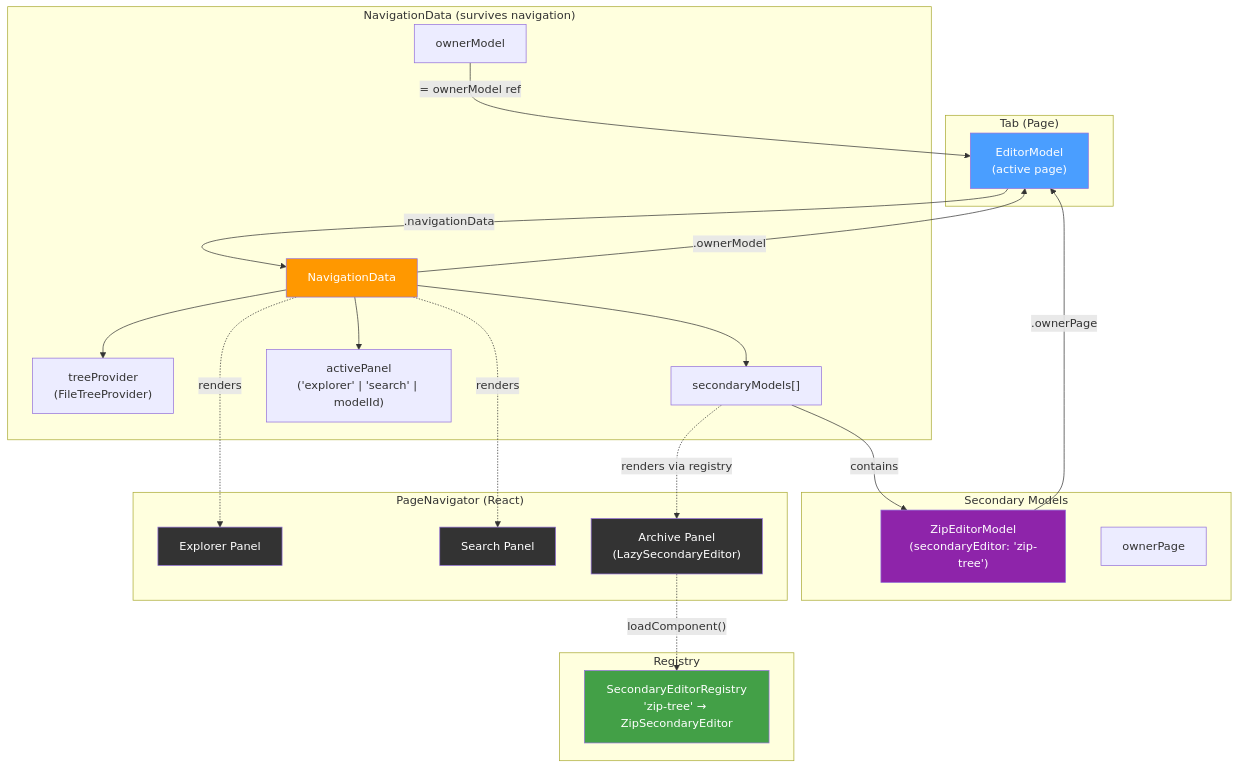
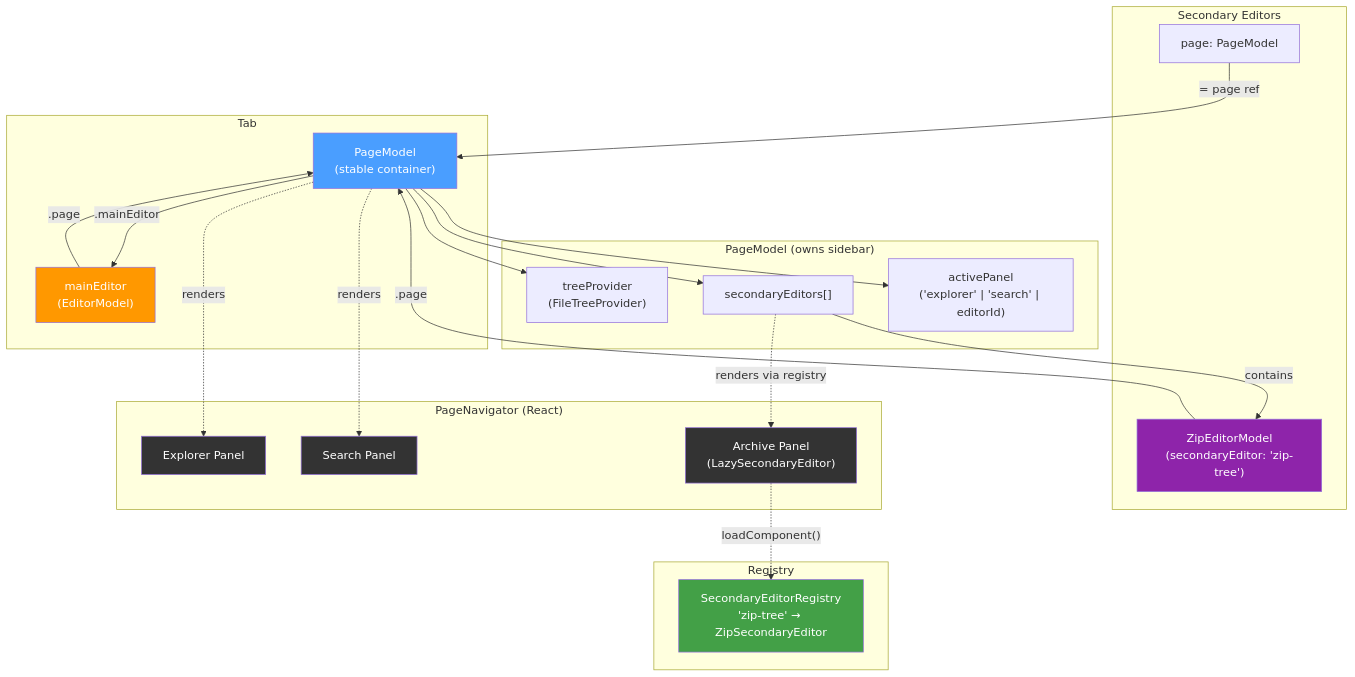
One commit to andriy-viyatyk/persephone changed the diagram in doc/architecture/diagrams/Secondary Editor Architecture.mmd. Above: the diagram before and after it, drawn with Mermaid. The commit also changed 45 other files, not shown here.

First line of the commit message:
US-322: Wire PagesModel to PageModel (EPIC-017 Phase 2.2-2.6)

```diff
--- a/doc/architecture/diagrams/Secondary Editor Architecture.mmd
+++ b/doc/architecture/diagrams/Secondary Editor Architecture.mmd
@@ -1,49 +1,48 @@
 graph TD
-    subgraph "Tab (Page)"
-        PM["EditorModel\n(active page)"]
+    subgraph "Tab"
+        PM["PageModel\n(stable container)"]
+        ME["mainEditor\n(EditorModel)"]
     end
 
-    subgraph "NavigationData (survives navigation)"
-        ND["NavigationData"]
+    subgraph "PageModel (owns sidebar)"
         TP["treeProvider\n(FileTreeProvider)"]
-        SM["secondaryModels[]"]
-        AP["activePanel\n('explorer' | 'search' | modelId)"]
-        OW["ownerModel"]
+        SM["secondaryEditors[]"]
+        AP["activePanel\n('explorer' | 'search' | editorId)"]
     end
 
-    subgraph "Secondary Models"
+    subgraph "Secondary Editors"
         ZM["ZipEditorModel\n(secondaryEditor: 'zip-tree')"]
-        OP["ownerPage"]
+        PG["page: PageModel"]
     end
 
     subgraph "PageNavigator (React)"
         EP["Explorer Panel"]
         SP["Search Panel"]
         SEC["Archive Panel\n(LazySecondaryEditor)"]
     end
 
     subgraph "Registry"
         SER["SecondaryEditorRegistry\n'zip-tree' → ZipSecondaryEditor"]
     end
 
-    PM -->|".navigationData"| ND
-    ND -->|".ownerModel"| PM
-    ND --> TP
-    ND --> SM
-    ND --> AP
+    PM -->|".mainEditor"| ME
+    ME -->|".page"| PM
+    PM --> TP
+    PM --> SM
+    PM --> AP
     SM -->|"contains"| ZM
-    ZM -->|".ownerPage"| PM
-    OW -->|"= ownerModel ref"| PM
+    ZM -->|".page"| PM
+    PG -->|"= page ref"| PM
 
-    ND -.->|"renders"| EP
-    ND -.->|"renders"| SP
+    PM -.->|"renders"| EP
+    PM -.->|"renders"| SP
     SM -.->|"renders via registry"| SEC
     SEC -.->|"loadComponent()"| SER
 
     style PM fill:#4a9eff,color:#fff
-    style ND fill:#ff9800,color:#fff
+    style ME fill:#ff9800,color:#fff
     style ZM fill:#8e24aa,color:#fff
     style SER fill:#43a047,color:#fff
     style EP fill:#333,color:#fff
     style SP fill:#333,color:#fff
     style SEC fill:#333,color:#fff
```
